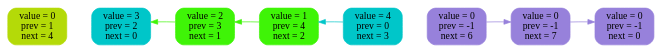
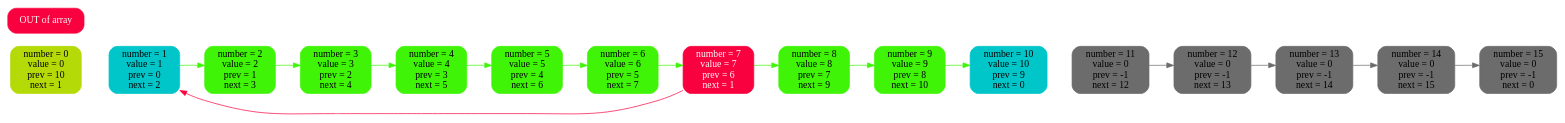
The diagram in list_log/img/12.dot (2210223t-lang/2-linked-list), drawn with Graphviz before and after one commit. The commit also changed 15 other files, not shown here.

```diff
--- a/list_log/img/12.dot
+++ b/list_log/img/12.dot
@@ -1,23 +1,49 @@
 digraph {
 rankdir = LR
-n0 [ label = "value = 0\nprev = 1\nnext = 4", shape = Mrecord, fontsize = 14,style = filled, color = "#b4da08" ]
-n1 [ label = "value = 3\nprev = 2\nnext = 0", shape = Mrecord, fontsize = 14,style = filled, color = "#00c6c9" ]
-n2 [ label = "value = 2\nprev = 3\nnext = 1", shape = Mrecord, fontsize = 14,style = filled, color = "#3ff407" ]
-n3 [ label = "value = 1\nprev = 4\nnext = 2", shape = Mrecord, fontsize = 14,style = filled, color = "#3ff407" ]
-n4 [ label = "value = 4\nprev = 0\nnext = 3", shape = Mrecord, fontsize = 14,style = filled, color = "#00c6c9" ]
-n5 [ label = "value = 0\nprev = -1\nnext = 6", shape = Mrecord, fontsize = 14,style = filled, color = "#9781db" ]
-n6 [ label = "value = 0\nprev = -1\nnext = 7", shape = Mrecord, fontsize = 14,style = filled, color = "#9781db" ]
-n7 [ label = "value = 0\nprev = -1\nnext = 0", shape = Mrecord, fontsize = 14,style = filled, color = "#9781db" ]
-n0 -> n1 [ style = invis, weight = 100 ]
-n1 -> n2 [ style = invis, weight = 100 ]
-n2 -> n3 [ style = invis, weight = 100 ]
-n3 -> n4 [ style = invis, weight = 100 ]
-n4 -> n5 [ style = invis, weight = 100 ]
-n5 -> n6 [ style = invis, weight = 100 ]
-n6 -> n7 [ style = invis, weight = 100 ]
-n2 -> n1 [style = filled, color = "#3ff407" ]
-n3 -> n2 [style = filled, color = "#3ff407" ]
-n4 -> n3 [style = filled, color = "#00c6c9" ]
-n5 -> n6 [style = filled, color = "#9781db" ]
-n6 -> n7 [style = filled, color = "#9781db" ]
+n0 [ label = "number = 0\nvalue = 0\nprev = 10\nnext = 1", shape = Mrecord, fontsize = 14,style = filled, color = "#b4da08" ]
+n1 [ label = "number = 1\nvalue = 1\nprev = 0\nnext = 2", shape = Mrecord, fontsize = 14,style = filled, color = "#00c6c9" ]
+n2 [ label = "number = 2\nvalue = 2\nprev = 1\nnext = 3", shape = Mrecord, fontsize = 14,style = filled, color = "#3ff407" ]
+n3 [ label = "number = 3\nvalue = 3\nprev = 2\nnext = 4", shape = Mrecord, fontsize = 14,style = filled, color = "#3ff407" ]
+n4 [ label = "number = 4\nvalue = 4\nprev = 3\nnext = 5", shape = Mrecord, fontsize = 14,style = filled, color = "#3ff407" ]
+n5 [ label = "number = 5\nvalue = 5\nprev = 4\nnext = 6", shape = Mrecord, fontsize = 14,style = filled, color = "#3ff407" ]
+n6 [ label = "number = 6\nvalue = 6\nprev = 5\nnext = 7", shape = Mrecord, fontsize = 14,style = filled, color = "#3ff407" ]
+n7 [ label = "number = 7\nvalue = 7\nprev = 6\nnext = 1", shape = Mrecord, fontsize = 14,style = filled, color = "#f9003e", fontcolor = "#fffbfb" ]
+n8 [ label = "number = 8\nvalue = 8\nprev = 7\nnext = 9", shape = Mrecord, fontsize = 14,style = filled, color = "#3ff407" ]
+n9 [ label = "number = 9\nvalue = 9\nprev = 8\nnext = 10", shape = Mrecord, fontsize = 14,style = filled, color = "#3ff407" ]
+n10 [ label = "number = 10\nvalue = 10\nprev = 9\nnext = 0", shape = Mrecord, fontsize = 14,style = filled, color = "#00c6c9" ]
+n11 [ label = "number = 11\nvalue = 0\nprev = -1\nnext = 12", shape = Mrecord, fontsize = 14,style = filled, color = "#6c6c6c" ]
+n12 [ label = "number = 12\nvalue = 0\nprev = -1\nnext = 13", shape = Mrecord, fontsize = 14,style = filled, color = "#6c6c6c" ]
+n13 [ label = "number = 13\nvalue = 0\nprev = -1\nnext = 14", shape = Mrecord, fontsize = 14,style = filled, color = "#6c6c6c" ]
+n14 [ label = "number = 14\nvalue = 0\nprev = -1\nnext = 15", shape = Mrecord, fontsize = 14,style = filled, color = "#6c6c6c" ]
+n15 [ label = "number = 15\nvalue = 0\nprev = -1\nnext = 0", shape = Mrecord, fontsize = 14,style = filled, color = "#6c6c6c" ]
+out [ label = "OUT of array", shape = Mrecord, fontsize = 14, style = filled, color = "#f9003e", fontcolor = "#fffbfb" ]
+ n0 -> n1 [ style = invis, weight = 10000 ]
+n1 -> n2 [ style = invis, weight = 10000 ]
+n2 -> n3 [ style = invis, weight = 10000 ]
+n3 -> n4 [ style = invis, weight = 10000 ]
+n4 -> n5 [ style = invis, weight = 10000 ]
+n5 -> n6 [ style = invis, weight = 10000 ]
+n6 -> n7 [ style = invis, weight = 10000 ]
+n7 -> n8 [ style = invis, weight = 10000 ]
+n8 -> n9 [ style = invis, weight = 10000 ]
+n9 -> n10 [ style = invis, weight = 10000 ]
+n10 -> n11 [ style = invis, weight = 10000 ]
+n11 -> n12 [ style = invis, weight = 10000 ]
+n12 -> n13 [ style = invis, weight = 10000 ]
+n13 -> n14 [ style = invis, weight = 10000 ]
+n14 -> n15 [ style = invis, weight = 10000 ]
+n1 -> n2 [ color = "#3ff407" ]
+n2 -> n3 [ color = "#3ff407" ]
+n3 -> n4 [ color = "#3ff407" ]
+n4 -> n5 [ color = "#3ff407" ]
+n5 -> n6 [ color = "#3ff407" ]
+n6 -> n7 [ color = "#3ff407" ]
+n7 -> n8 [ color = "#3ff407" ]
+n7 -> n1 [ style = filled, color = "#f9003e", fontcolor = "#fffbfb" ]
+n8 -> n9 [ color = "#3ff407" ]
+n9 -> n10 [ color = "#3ff407" ]
+n11 -> n12 [ color = "#6c6c6c" ]
+n12 -> n13 [ color = "#6c6c6c" ]
+n13 -> n14 [ color = "#6c6c6c" ]
+n14 -> n15 [ color = "#6c6c6c" ]
 }
```
